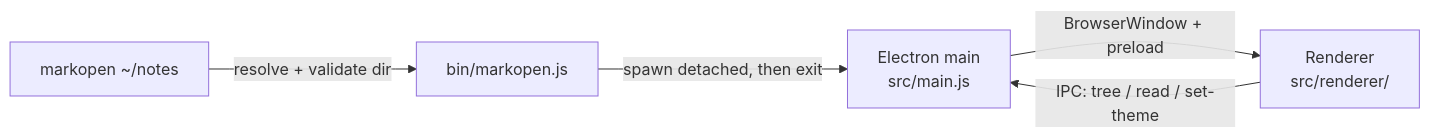
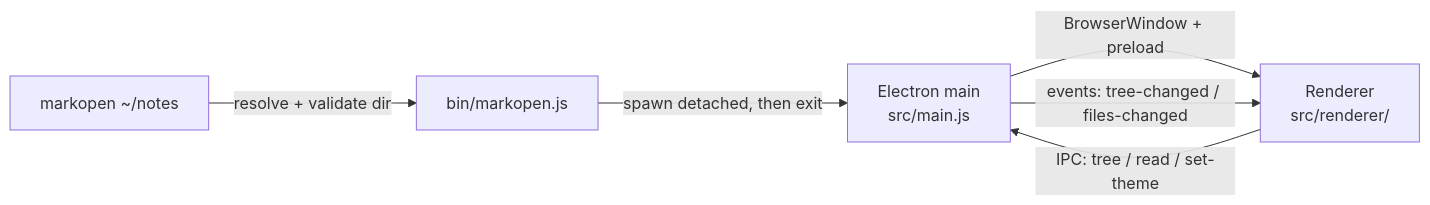
Before and after one commit to xadamz23/markopen: the diagram in docs/architecture.md, drawn with Mermaid. The commit also changed other lines of this file and 9 other files, not shown here.

````diff
--- a/docs/architecture.md
+++ b/docs/architecture.md
@@ -7,7 +7,8 @@
 ```mermaid
 flowchart LR
   A["markopen ~/notes"] -->|"resolve + validate dir"| B["bin/markopen.js"]
   B -->|"spawn detached, then exit"| C["Electron main<br/>src/main.js"]
   C -->|"BrowserWindow + preload"| D["Renderer<br/>src/renderer/"]
   D -->|"IPC: tree / read / set-theme"| C
+  C -->|"events: tree-changed / files-changed"| D
 ```
````
